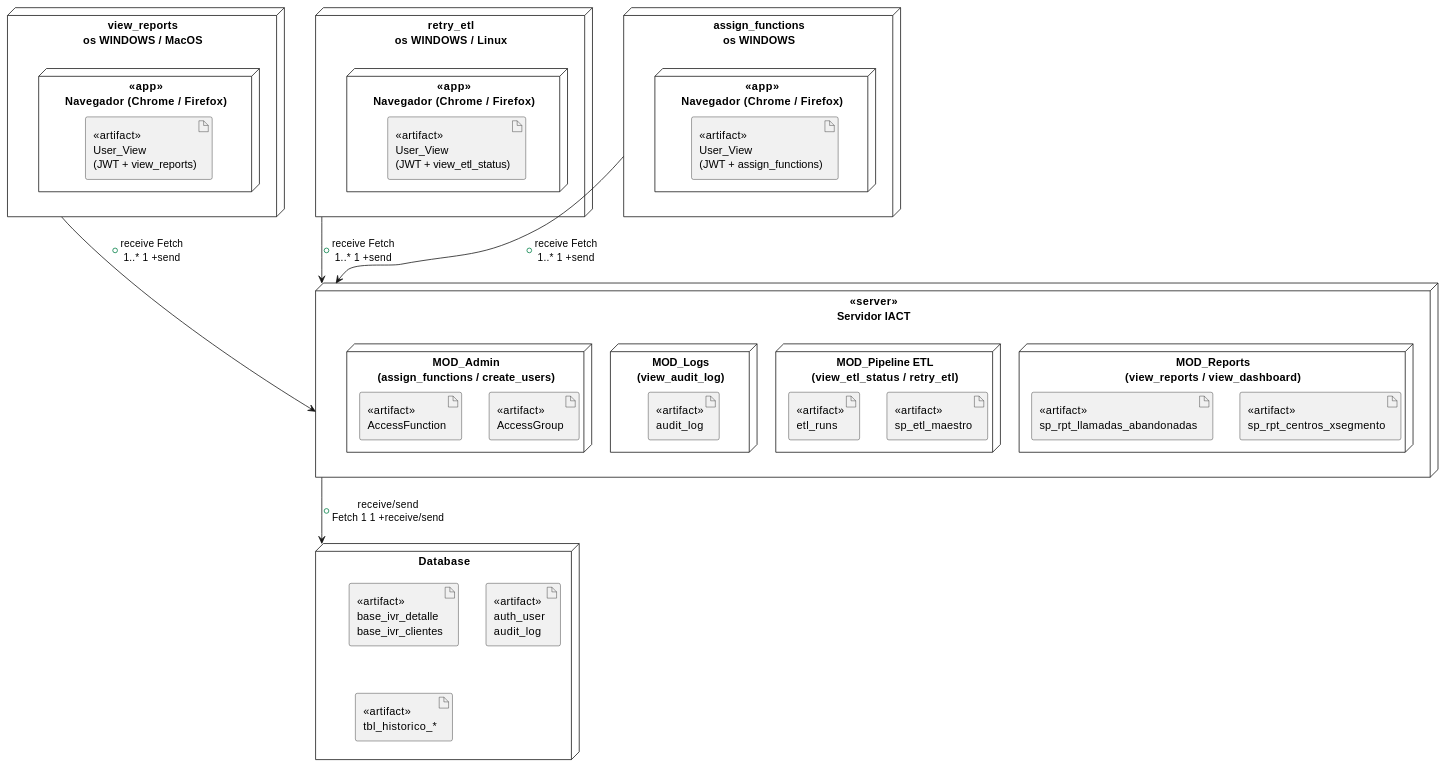
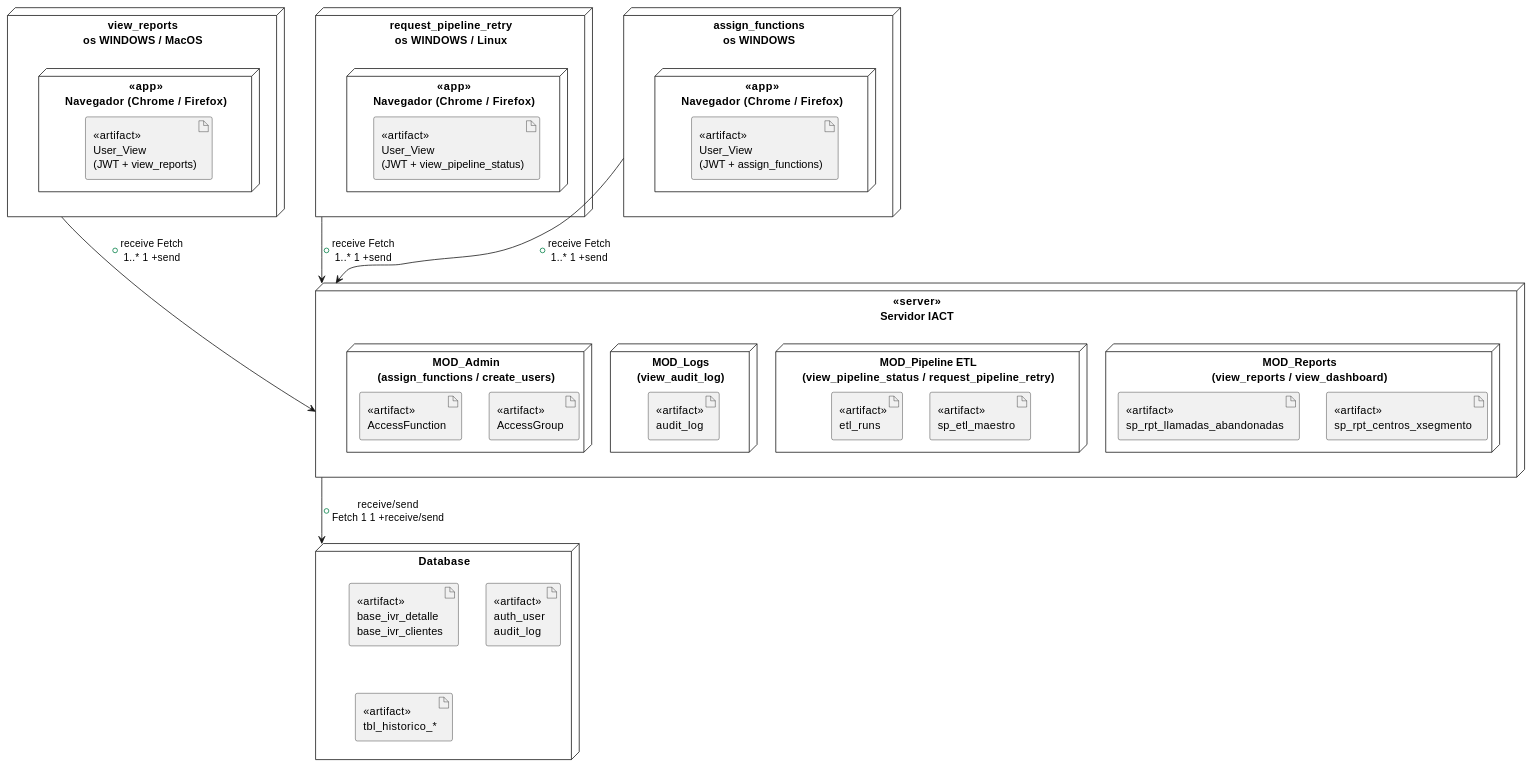
Before and after one commit to jcg-admin/IACT-docs: diagram 12 of 12 in source/arquitectura-tecnica/diagramas-uml-sistema.rst, drawn with PlantUML. The commit also changed other lines of this file and 157 other files, not shown here.

First line of the commit message:
Enforce catalog function names across all diagrams

```diff
--- a/source/arquitectura-tecnica/diagramas-uml-sistema.rst
+++ b/source/arquitectura-tecnica/diagramas-uml-sistema.rst
@@ -985,58 +985,58 @@
 .. uml::
  :caption: Figura 15 — Diagrama de despliegue (vista multi-cliente)
 
  @startuml
 
  node "view_reports\nos WINDOWS / MacOS" as CLI_RVG {
    node "<<app>>\nNavegador (Chrome / Firefox)" as BR_RVG {
      artifact "<<artifact>>\nUser_View\n(JWT + view_reports)" as ART_RVG
    }
  }
 
- node "retry_etl\nos WINDOWS / Linux" as CLI_PAG {
+ node "request_pipeline_retry\nos WINDOWS / Linux" as CLI_PAG {
    node "<<app>>\nNavegador (Chrome / Firefox)" as BR_PAG {
-     artifact "<<artifact>>\nUser_View\n(JWT + view_etl_status)" as ART_PAG
+     artifact "<<artifact>>\nUser_View\n(JWT + view_pipeline_status)" as ART_PAG
    }
  }
 
  node "assign_functions\nos WINDOWS" as CLI_UAG {
    node "<<app>>\nNavegador (Chrome / Firefox)" as BR_UAG {
      artifact "<<artifact>>\nUser_View\n(JWT + assign_functions)" as ART_UAG
    }
  }
 
  node "<<server>>\nServidor IACT" as NODE_SRV {
 
    node "MOD_Reports\n(view_reports / view_dashboard)" as MOD_RPT {
      artifact "<<artifact>>\nsp_rpt_centros_xsegmento" as ART_S1
      artifact "<<artifact>>\nsp_rpt_llamadas_abandonadas" as ART_S2
    }
 
-   node "MOD_Pipeline ETL\n(view_etl_status / retry_etl)" as MOD_ETL {
+   node "MOD_Pipeline ETL\n(view_pipeline_status / request_pipeline_retry)" as MOD_ETL {
      artifact "<<artifact>>\nsp_etl_maestro" as ART_E1
      artifact "<<artifact>>\netl_runs" as ART_E2
    }
 
    node "MOD_Logs\n(view_audit_log)" as MOD_LOG {
      artifact "<<artifact>>\naudit_log" as ART_L1
    }
 
    node "MOD_Admin\n(assign_functions / create_users)" as MOD_ADM {
      artifact "<<artifact>>\nAccessGroup" as ART_A1
      artifact "<<artifact>>\nAccessFunction" as ART_A2
    }
 
  }
 
  node "Database" as NODE_DB {
    artifact "<<artifact>>\nbase_ivr_detalle\nbase_ivr_clientes" as DB_IVR
    artifact "<<artifact>>\nauth_user\naudit_log" as DB_AUTH
    artifact "<<artifact>>\ntbl_historico_*" as DB_HIST
  }
 
  CLI_RVG --> NODE_SRV : +receive Fetch\n1..* 1 +send
  CLI_PAG --> NODE_SRV : +receive Fetch\n1..* 1 +send
  CLI_UAG --> NODE_SRV : +receive Fetch\n1..* 1 +send
  NODE_SRV --> NODE_DB : +receive/send\nFetch 1 1 +receive/send
 
  @enduml
```
